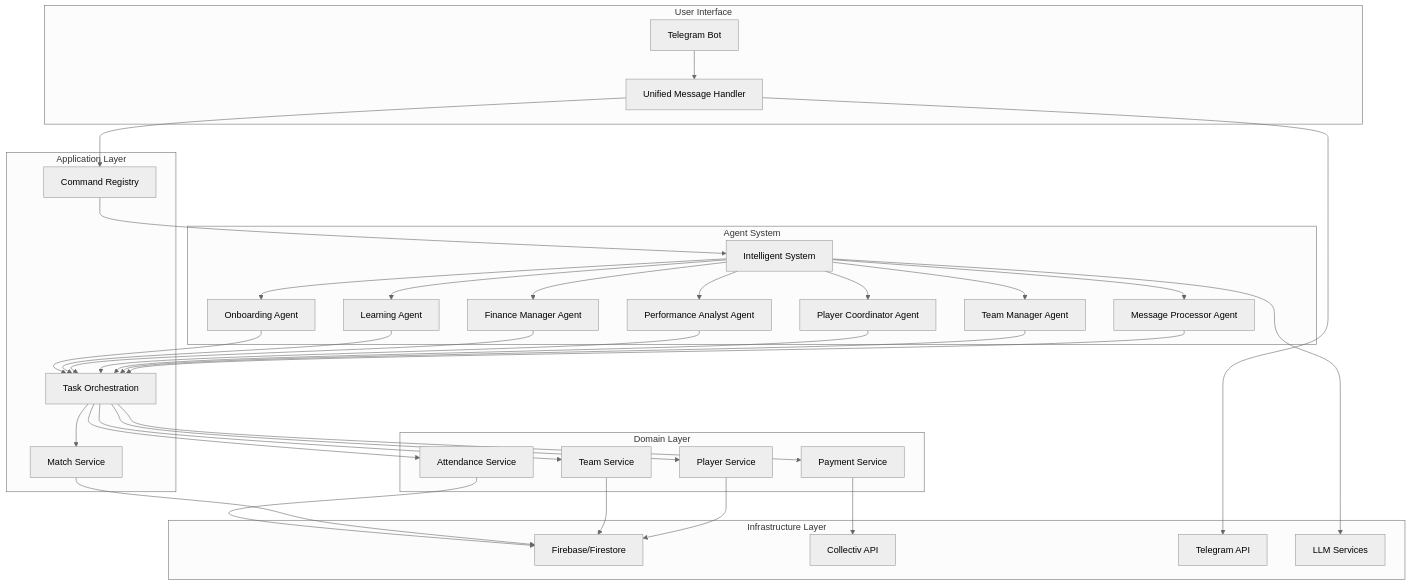
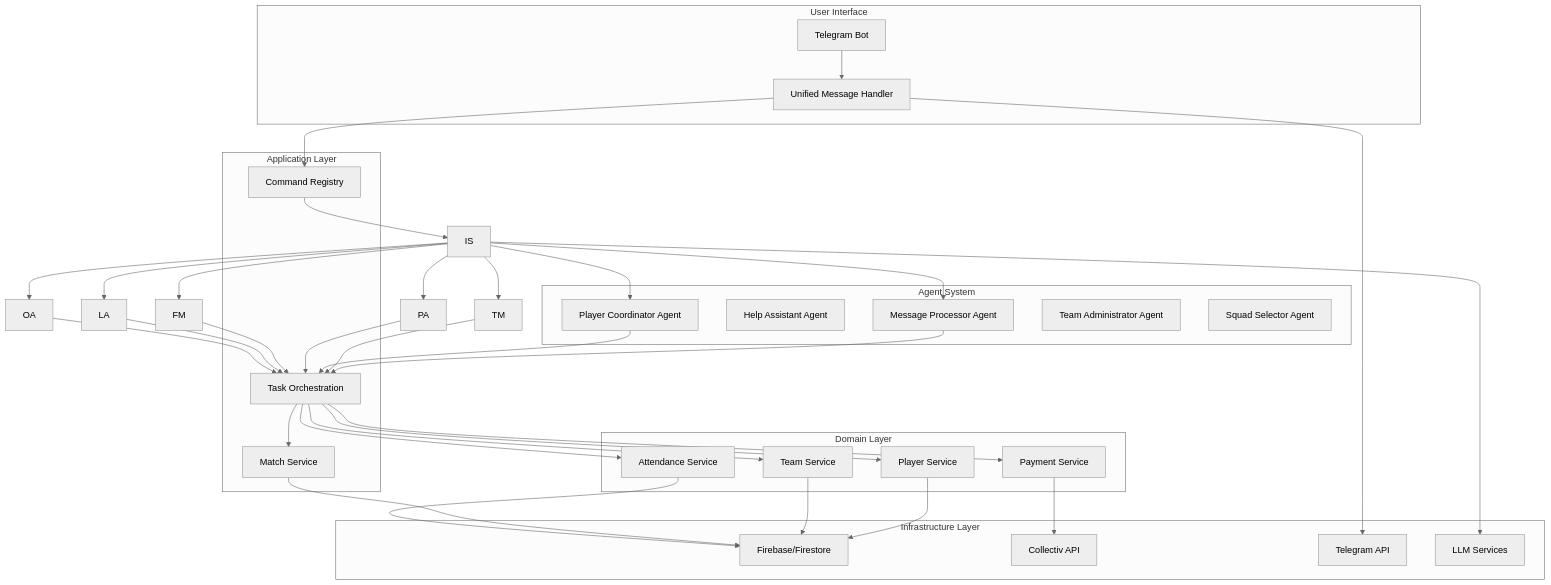
The first of 3 diagrams in README.md (hoquem/KICKAI), drawn with Mermaid (neutral theme) before and after one commit. The commit also changed other lines of this file and 408 other files, not shown here.

````diff
--- a/README.md
+++ b/README.md
@@ -77,72 +77,69 @@
 ```mermaid
 graph TB
     subgraph "User Interface"
         TG[Telegram Bot]
         UMS[Unified Message Handler]
     end
     
     subgraph "Agent System"
         MP[Message Processor Agent]
-        TM[Team Manager Agent]
+        HA[Help Assistant Agent]
         PC[Player Coordinator Agent]
-        PA[Performance Analyst Agent]
-        FM[Finance Manager Agent]
-        LA[Learning Agent]
-        OA[Onboarding Agent]
-        IS[Intelligent System]
+        TA[Team Administrator Agent]
+        SS[Squad Selector Agent]
     end
     
     subgraph "Application Layer"
         CR[Command Registry]
         TO[Task Orchestration]
         MS[Message Formatting Service]
     end
     
     subgraph "Domain Layer"
         PS[Player Service]
         TS[Team Service]
         MS[Match Service]
         AS[Attendance Service]
         PYS[Payment Service]
     end
     
     subgraph "Infrastructure Layer"
         FB[Firebase/Firestore]
         COL[Collectiv API]
         TG_API[Telegram API]
         LLM[LLM Services]
     end
     
     TG --> UMS
     UMS --> CR
     CR --> IS
     IS --> MP
     IS --> TM
     IS --> PC
     IS --> PA
     IS --> FM
     IS --> LA
     IS --> OA
     
     MP --> TO
     TM --> TO
     PC --> TO
     PA --> TO
     FM --> TO
     LA --> TO
     OA --> TO
     
     TO --> PS
     TO --> TS
     TO --> MS
     TO --> AS
     TO --> PYS
     
     PS --> FB
     TS --> FB
     MS --> FB
     AS --> FB
     PYS --> COL
     UMS --> TG_API
     IS --> LLM
 ```
````
